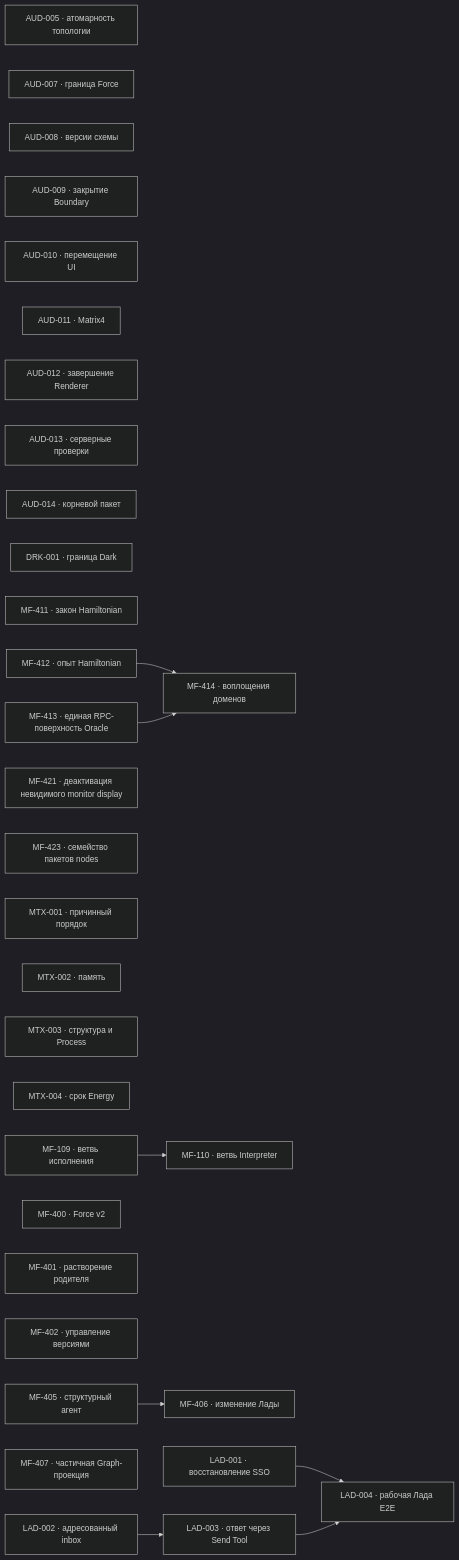
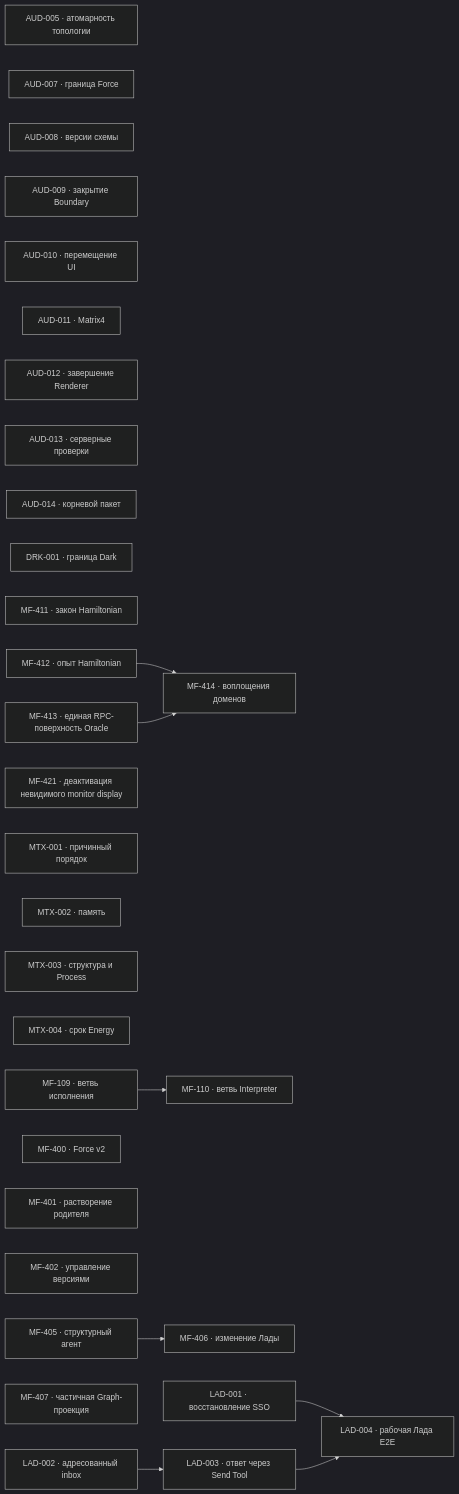
One commit to zavx0z/metafor changed the first of 2 diagrams in project/TODO.md. Above: the diagram before and after it, drawn with Mermaid (dark theme). The commit also changed other lines of this file and 1 other file, not shown here.

Commit message:
chore(project): close MF-423

````diff
--- a/project/TODO.md
+++ b/project/TODO.md
@@ -13,42 +13,41 @@
 ```mermaid
 flowchart LR
     AUD005["AUD-005 · атомарность топологии"]
     AUD007["AUD-007 · граница Force"]
     AUD008["AUD-008 · версии схемы"]
     AUD009["AUD-009 · закрытие Boundary"]
     AUD010["AUD-010 · перемещение UI"]
     AUD011["AUD-011 · Matrix4"]
     AUD012["AUD-012 · завершение Renderer"]
     AUD013["AUD-013 · серверные проверки"]
     AUD014["AUD-014 · корневой пакет"]
     DRK001["DRK-001 · граница Dark"]
     MF411["MF-411 · закон Hamiltonian"]
     MF412["MF-412 · опыт Hamiltonian"]
     MF413["MF-413 · единая RPC-поверхность Oracle"]
     MF414["MF-414 · воплощения доменов"]
     MF421["MF-421 · деактивация невидимого monitor display"]
-    MF423["MF-423 · семейство пакетов nodes"]
     MTX001["MTX-001 · причинный порядок"]
     MTX002["MTX-002 · память"]
     MTX003["MTX-003 · структура и Process"]
     MTX004["MTX-004 · срок Energy"]
     MF109["MF-109 · ветвь исполнения"]
     MF110["MF-110 · ветвь Interpreter"]
     MF400["MF-400 · Force v2"]
     MF401["MF-401 · растворение родителя"]
     MF402["MF-402 · управление версиями"]
     MF405["MF-405 · структурный агент"]
     MF406["MF-406 · изменение Лады"]
     MF407["MF-407 · частичная Graph-проекция"]
     LAD001["LAD-001 · восстановление SSO"]
     LAD002["LAD-002 · адресованный inbox"]
     LAD003["LAD-003 · ответ через Send Tool"]
     LAD004["LAD-004 · рабочая Лада E2E"]
     MF109 --> MF110
     MF405 --> MF406
     MF412 --> MF414
     MF413 --> MF414
     LAD002 --> LAD003
     LAD001 --> LAD004
     LAD003 --> LAD004
 ```
````
